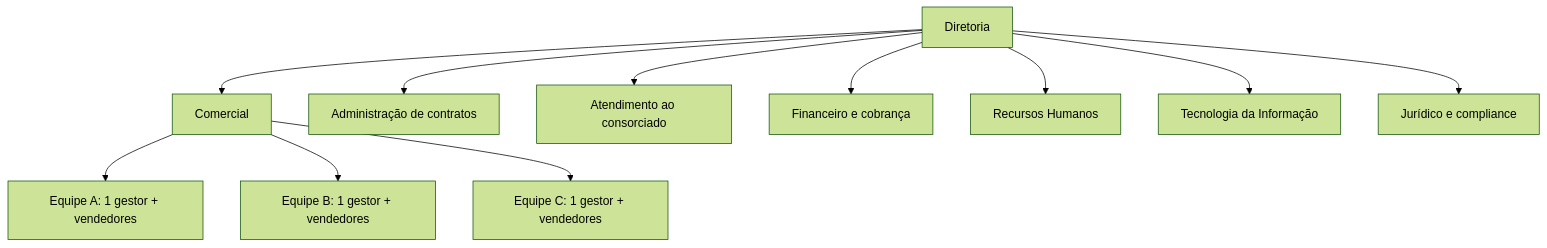
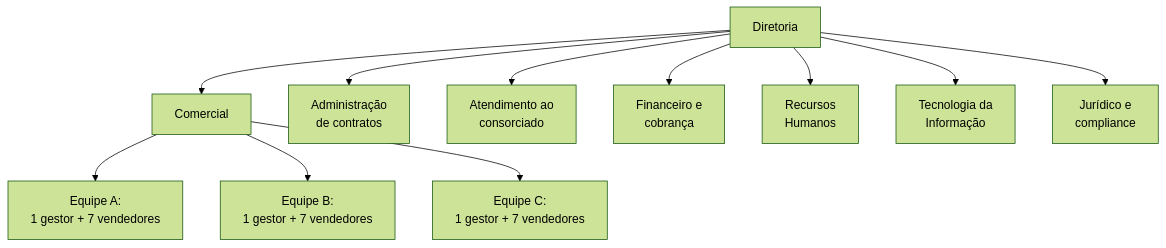
One commit to KauanRodolfo/Pim-2-ADS changed the first of 3 diagrams in Docs/01-Empresa/caracterização.md. Above: the diagram before and after it, drawn with Mermaid (forest theme). The commit also changed other lines of this file, not shown here.

````diff
--- a/Docs/01-Empresa/caracterização.md
+++ b/Docs/01-Empresa/caracterização.md
@@ -58,14 +34,14 @@
 ```mermaid
 flowchart TD
-    DIR["Diretoria"]
-    DIR --> COM["Comercial"]
-    DIR --> OPE["Administração de contratos"]
-    DIR --> ATE["Atendimento ao consorciado"]
-    DIR --> FIN["Financeiro e cobrança"]
-    DIR --> RH["Recursos Humanos"]
-    DIR --> TI["Tecnologia da Informação"]
-    DIR --> JUR["Jurídico e compliance"]
-    COM --> EA["Equipe A: 1 gestor + vendedores"]
-    COM --> EB["Equipe B: 1 gestor + vendedores"]
-    COM --> EC["Equipe C: 1 gestor + vendedores"]
+    D["Diretoria"]
+    D --> C["Comercial"]
+    D --> AC["Administração<br/>de contratos"]
+    D --> AT["Atendimento ao<br/>consorciado"]
+    D --> F["Financeiro e<br/>cobrança"]
+    D --> RH["Recursos<br/>Humanos"]
+    D --> TI["Tecnologia da<br/>Informação"]
+    D --> J["Jurídico e<br/>compliance"]
+    C --> EA["Equipe A:<br/>1 gestor + 7 vendedores"]
+    C --> EB["Equipe B:<br/>1 gestor + 7 vendedores"]
+    C --> EC["Equipe C:<br/>1 gestor + 7 vendedores"]
 ```
````
